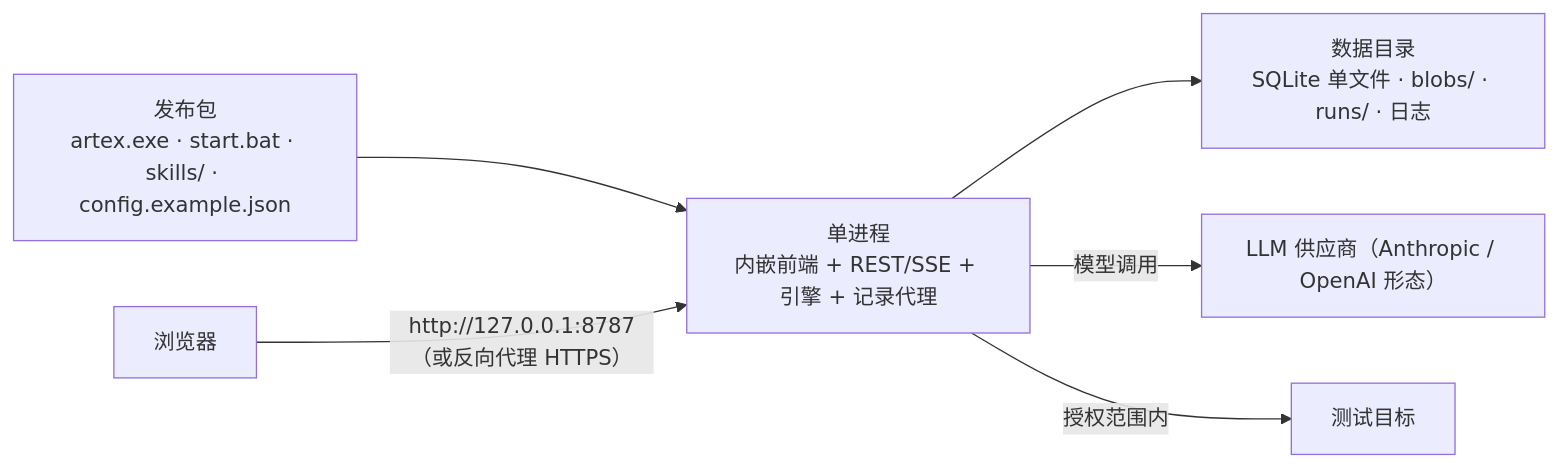
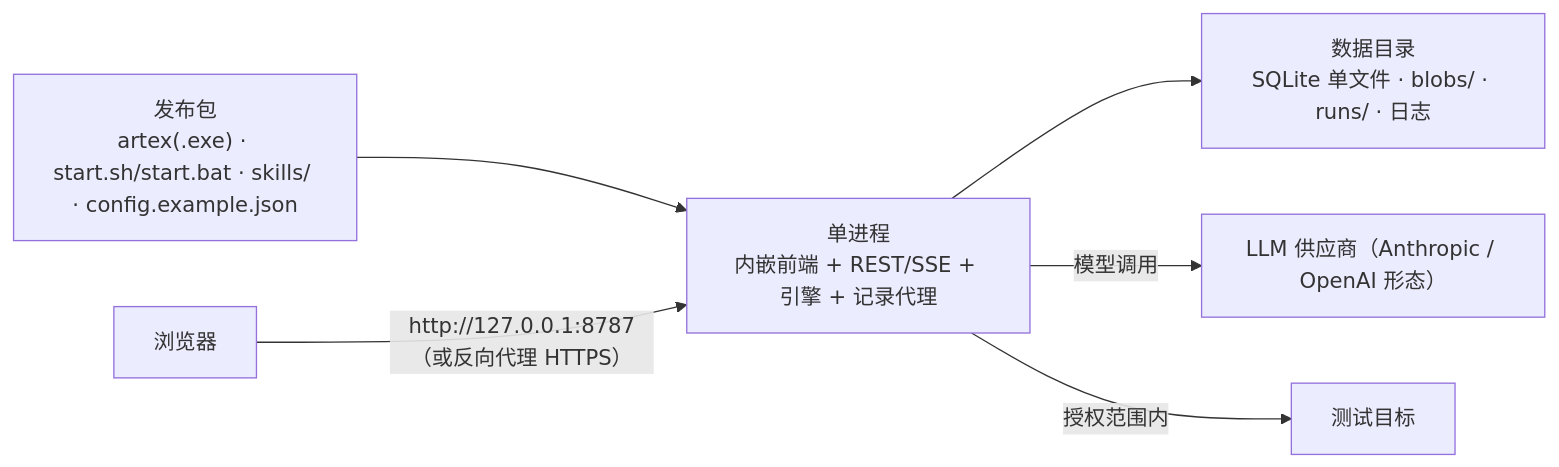
Before and after one commit to j5tv9nfzhn-hue/ARTEX-HYDRA: the sixth of 6 diagrams in README.md, drawn with Mermaid. The commit also changed other lines of this file and 6 other files, not shown here.

````diff
--- a/README.md
+++ b/README.md
@@ -421,8 +423,8 @@
 ```mermaid
 flowchart LR
-  PKG["发布包<br/>artex.exe · start.bat · skills/ · config.example.json"] --> BIN["单进程<br/>内嵌前端 + REST/SSE + 引擎 + 记录代理"]
+  PKG["发布包<br/>artex(.exe) · start.sh/start.bat · skills/ · config.example.json"] --> BIN["单进程<br/>内嵌前端 + REST/SSE + 引擎 + 记录代理"]
   BIN --> DATA["数据目录<br/>SQLite 单文件 · blobs/ · runs/ · 日志"]
   USER["浏览器"] -->|"http://127.0.0.1:8787（或反向代理 HTTPS）"| BIN
   BIN -->|"模型调用"| PLLM["LLM 供应商（Anthropic / OpenAI 形态）"]
   BIN -->|"授权范围内"| PTGT["测试目标"]
 ```
````
